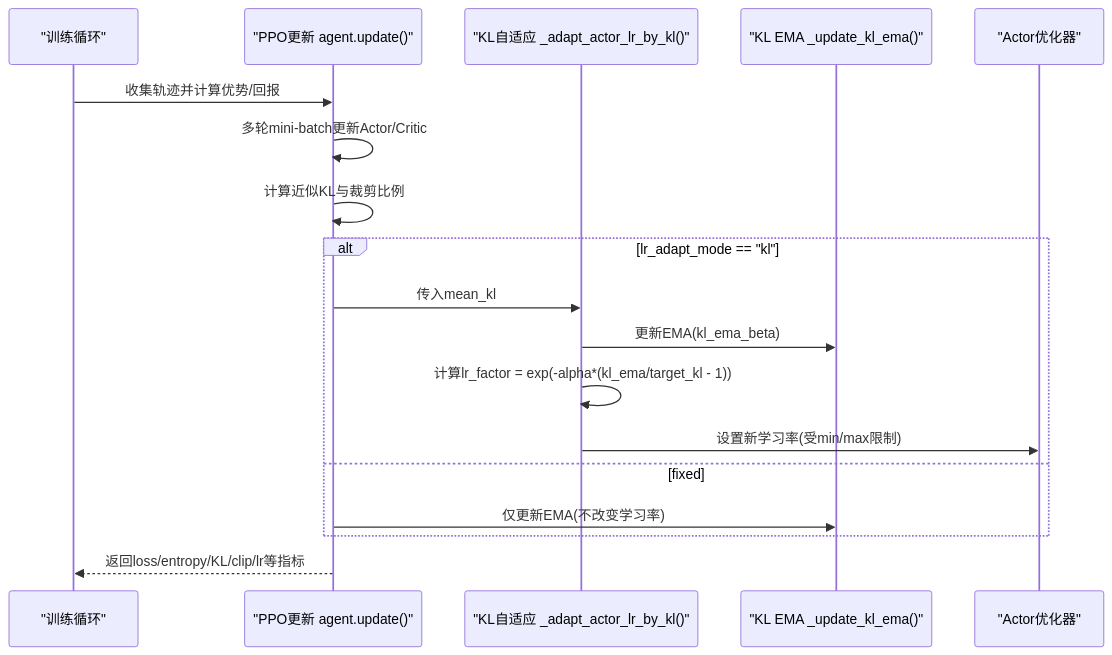
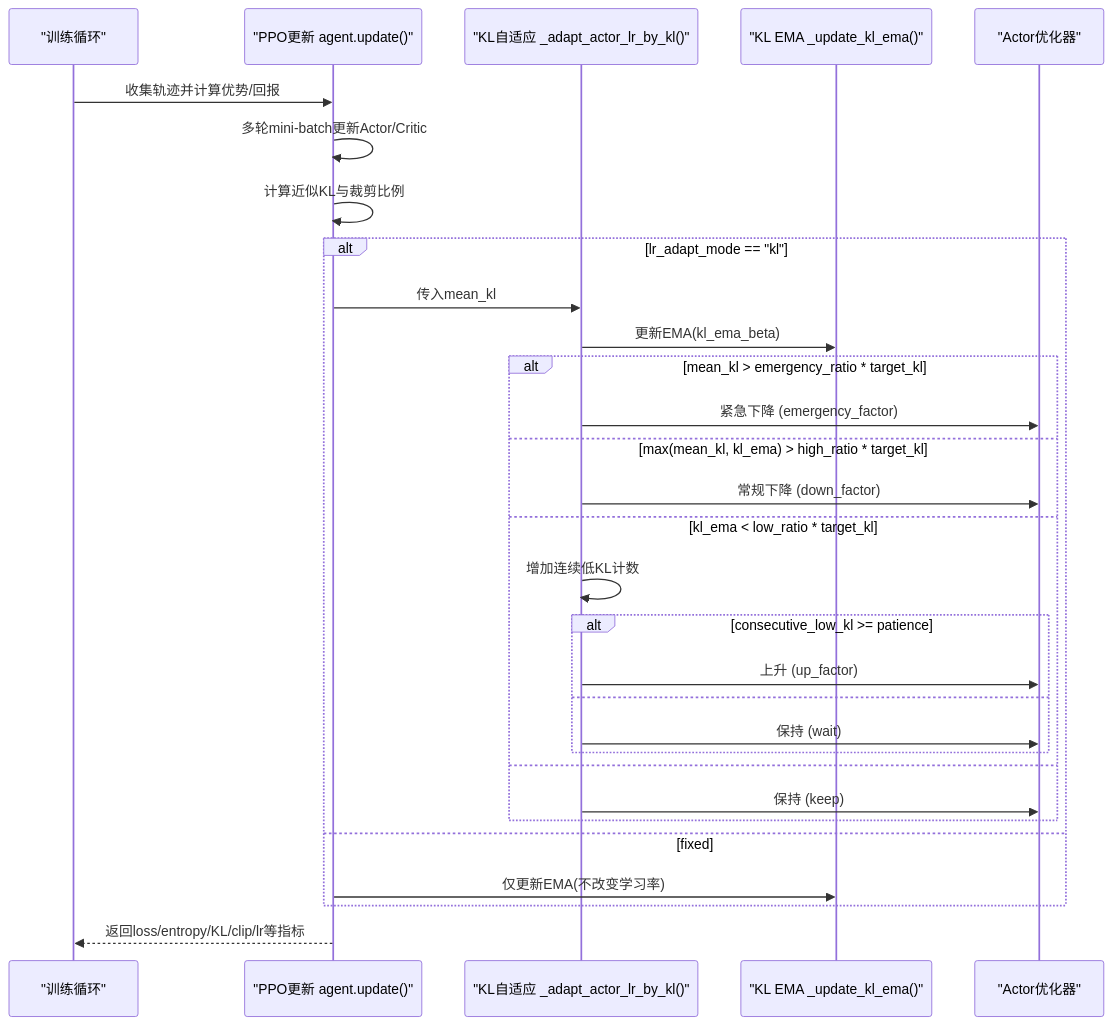
One commit to xixi10001/self_Adaptive changed the second of 5 diagrams in .qoder/repowiki/zh/content/算法实现/自适应学习率机制.md. Above: the diagram before and after it, drawn with Mermaid. The commit also changed other lines of this file and 94 other files, not shown here.

````diff
--- a/.qoder/repowiki/zh/content/算法实现/自适应学习率机制.md
+++ b/.qoder/repowiki/zh/content/算法实现/自适应学习率机制.md
@@ -66,20 +74,32 @@
 ```mermaid
 sequenceDiagram
 participant T as "训练循环"
 participant U as "PPO更新 agent.update()"
 participant K as "KL自适应 _adapt_actor_lr_by_kl()"
 participant E as "KL EMA _update_kl_ema()"
 participant O as "Actor优化器"
 T->>U : 收集轨迹并计算优势/回报
 U->>U : 多轮mini-batch更新Actor/Critic
 U->>U : 计算近似KL与裁剪比例
 alt lr_adapt_mode == "kl"
 U->>K : 传入mean_kl
 K->>E : 更新EMA(kl_ema_beta)
-K->>K : 计算lr_factor = exp(-alpha*(kl_ema/target_kl - 1))
-K->>O : 设置新学习率(受min/max限制)
+alt mean_kl > emergency_ratio * target_kl
+K->>O : 紧急下降 (emergency_factor)
+else max(mean_kl, kl_ema) > high_ratio * target_kl
+K->>O : 常规下降 (down_factor)
+else kl_ema < low_ratio * target_kl
+K->>K : 增加连续低KL计数
+alt consecutive_low_kl >= patience
+K->>O : 上升 (up_factor)
+else
+K->>O : 保持 (wait)
+end
+else
+K->>O : 保持 (keep)
+end
 else fixed
 U->>E : 仅更新EMA(不改变学习率)
 end
 U-->>T : 返回loss/entropy/KL/clip/lr等指标
 ```
````
